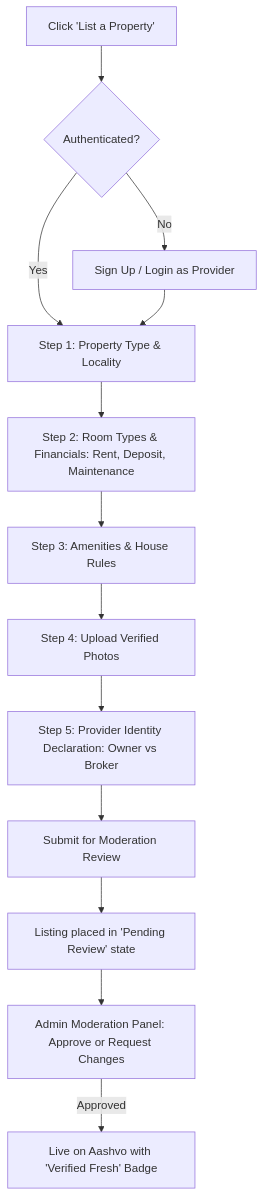
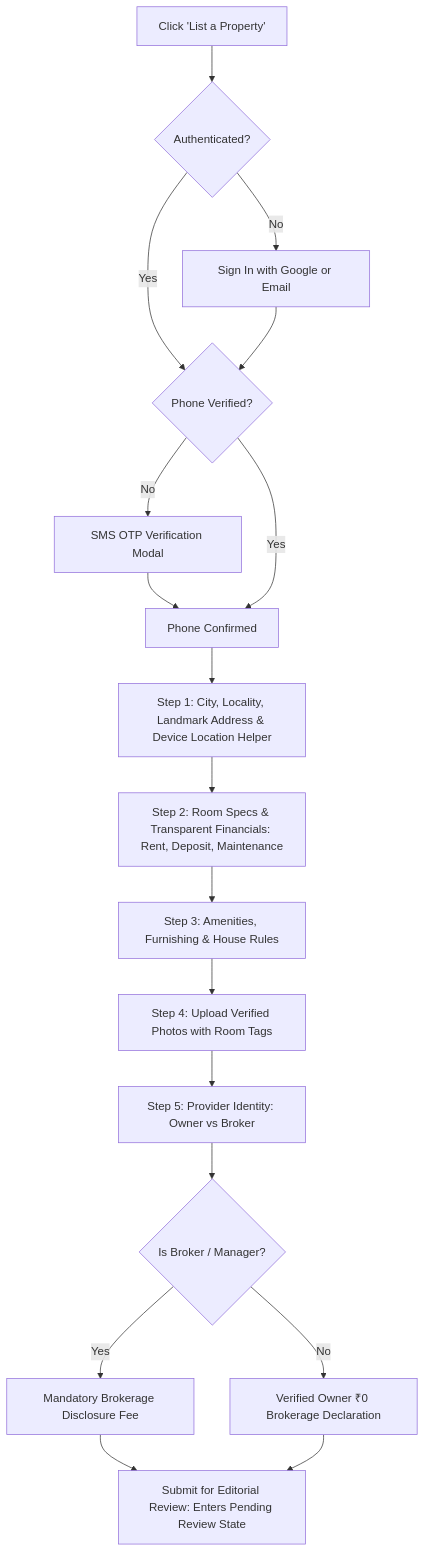
Before and after one commit to Ar10Ansari/aashvo: the third of 5 diagrams in docs/USER_JOURNEYS.md, drawn with Mermaid. The commit also changed other lines of this file and 59 other files, not shown here.

````diff
--- a/docs/USER_JOURNEYS.md
+++ b/docs/USER_JOURNEYS.md
@@ -68,15 +73,19 @@
 ```mermaid
 graph TD
     A[Click 'List a Property'] --> B{Authenticated?}
-    B -- No --> C[Sign Up / Login as Provider]
-    B -- Yes --> D[Step 1: Property Type & Locality]
+    B -- No --> C[Sign In with Google or Email]
+    B -- Yes --> D{Phone Verified?}
     C --> D
-    D --> E[Step 2: Room Types & Financials: Rent, Deposit, Maintenance]
-    E --> F[Step 3: Amenities & House Rules]
-    F --> G[Step 4: Upload Verified Photos]
-    G --> H[Step 5: Provider Identity Declaration: Owner vs Broker]
-    H --> I[Submit for Moderation Review]
-    I --> J[Listing placed in 'Pending Review' state]
-    J --> K[Admin Moderation Panel: Approve or Request Changes]
-    K -- Approved --> L[Live on Aashvo with 'Verified Fresh' Badge]
+    D -- No --> E[SMS OTP Verification Modal]
+    E --> F[Phone Confirmed]
+    D -- Yes --> F
+    F --> G[Step 1: City, Locality, Landmark Address & Device Location Helper]
+    G --> H[Step 2: Room Specs & Transparent Financials: Rent, Deposit, Maintenance]
+    H --> I[Step 3: Amenities, Furnishing & House Rules]
+    I --> J[Step 4: Upload Verified Photos with Room Tags]
+    J --> K[Step 5: Provider Identity: Owner vs Broker]
+    K --> L{Is Broker / Manager?}
+    L -- Yes --> M[Mandatory Brokerage Disclosure Fee]
+    L -- No --> N[Verified Owner ₹0 Brokerage Declaration]
+    M & N --> O[Submit for Editorial Review: Enters Pending Review State]
 ```
````
